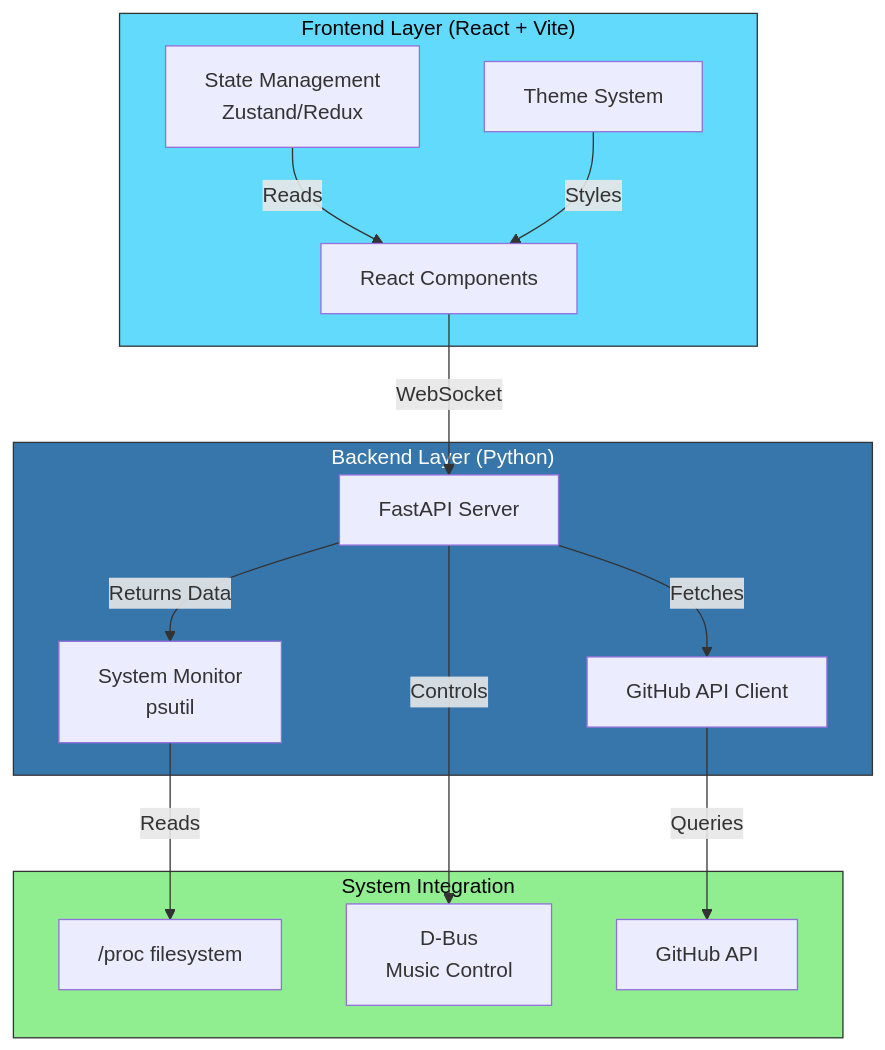
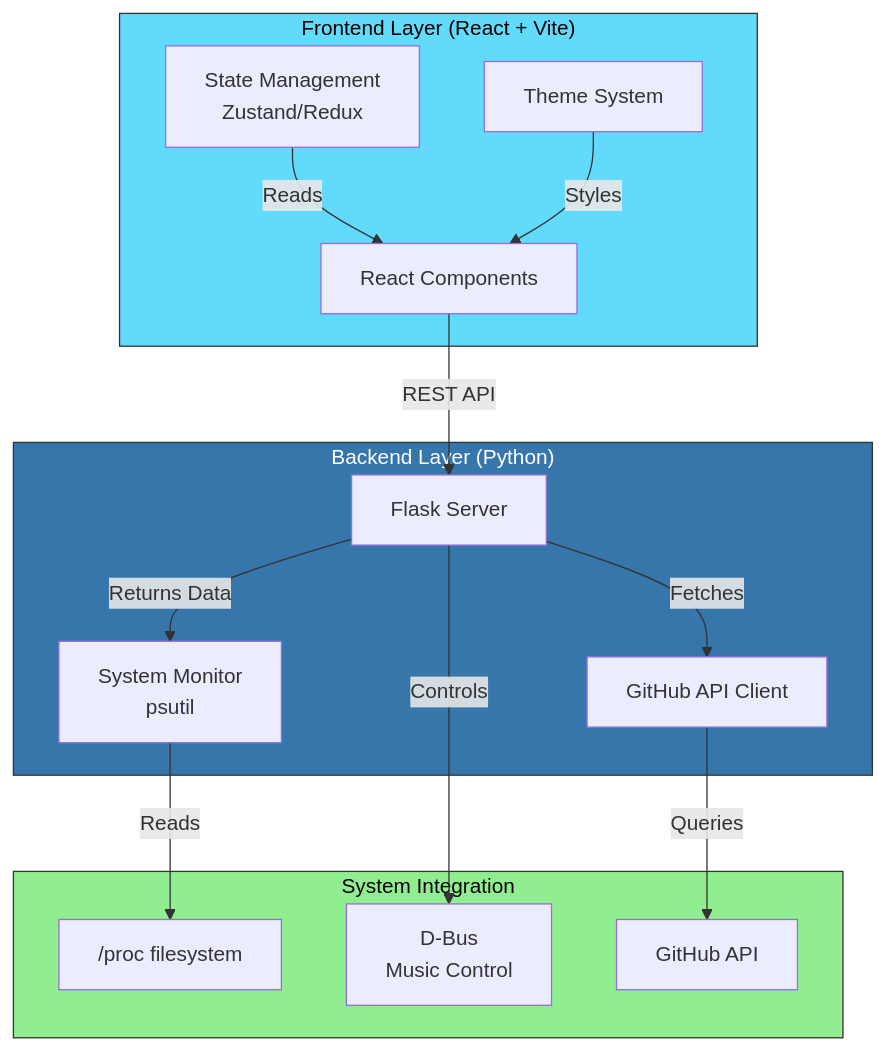
One commit to BaraaByte/DevDesk changed the diagram in README.md. Above: the diagram before and after it, drawn with Mermaid. The commit also changed other lines of this file and 15 other files, not shown here.

````diff
--- a/README.md
+++ b/README.md
@@ -69,33 +69,33 @@
 ```mermaid
 graph TB
     subgraph Frontend["Frontend Layer (React + Vite)"]
         UI["React Components"]
         State["State Management<br/>Zustand/Redux"]
         Theming["Theme System"]
     end
     
     subgraph Backend["Backend Layer (Python)"]
-        FastAPI["FastAPI Server"]
+        Flask["Flask Server"]
         Monitor["System Monitor<br/>psutil"]
         GitHub["GitHub API Client"]
     end
     
     subgraph System["System Integration"]
         ProcFS["/proc filesystem"]
         DBus["D-Bus<br/>Music Control"]
         GitHub_API["GitHub API"]
     end
     
-    UI -->|WebSocket| FastAPI
+    UI -->|REST API| Flask
     State -->|Reads| UI
     Theming -->|Styles| UI
-    FastAPI -->|Returns Data| Monitor
-    FastAPI -->|Fetches| GitHub
+    Flask -->|Returns Data| Monitor
+    Flask -->|Fetches| GitHub
     Monitor -->|Reads| ProcFS
     GitHub -->|Queries| GitHub_API
-    FastAPI -->|Controls| DBus
+    Flask -->|Controls| DBus
     
     style Frontend fill:#61dafb,stroke:#333,color:#000
     style Backend fill:#3776ab,stroke:#333,color:#fff
     style System fill:#90ee90,stroke:#333,color:#000
 ```
````
